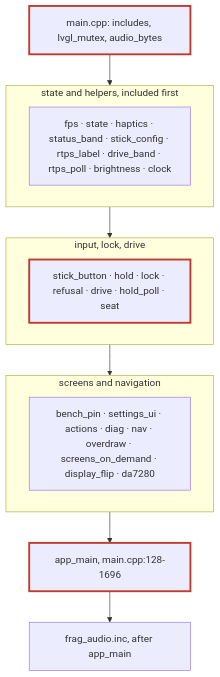
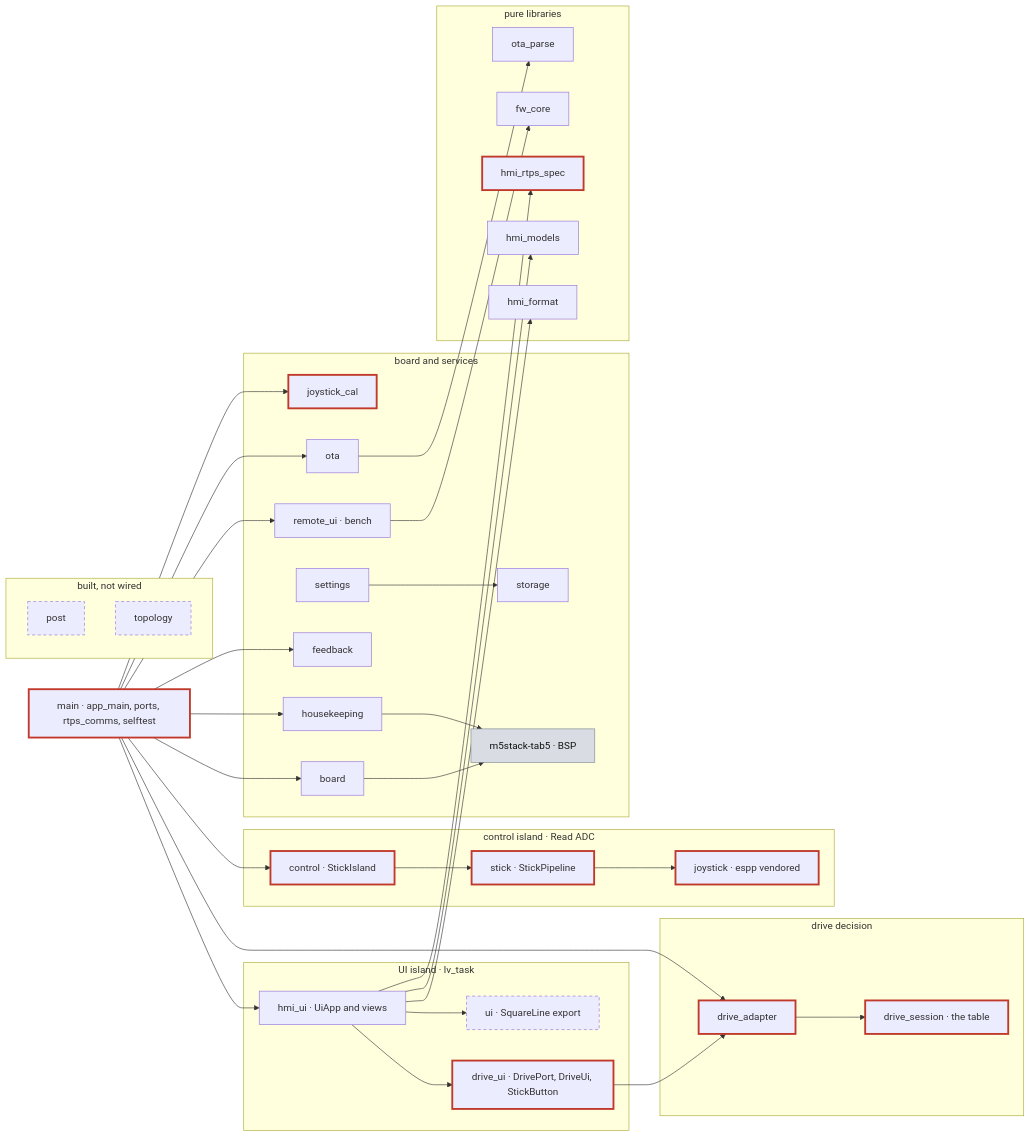
One commit to rammp-org/pace-hmi-fw changed the first of 8 diagrams in docs/how-the-firmware-works.md. Above: the diagram before and after it, drawn with Mermaid. The commit also changed other lines of this file, not shown here.

````diff
--- a/docs/how-the-firmware-works.md
+++ b/docs/how-the-firmware-works.md
@@ -84,19 +111,65 @@
 ```mermaid
-flowchart TD
-  m["main.cpp: includes, lvgl_mutex, audio_bytes"]:::safety
-  subgraph shared["state and helpers, included first"]
-    f1["fps · state · haptics · status_band · stick_config · rtps_label · drive_band · rtps_poll · brightness · clock"]
+flowchart LR
+  main["main · app_main, ports, rtps_comms, selftest"]:::safety
+  subgraph ui["UI island · lv_task"]
+    hmi_ui["hmi_ui · UiApp and views"]
+    drive_ui["drive_ui · DrivePort, DriveUi, StickButton"]:::safety
+    gen["ui · SquareLine export"]:::gen
   end
-  subgraph input["input, lock, drive"]
-    f2["stick_button · hold · lock · refusal · drive · hold_poll · seat"]:::safety
+  subgraph drive["drive decision"]
+    adapter["drive_adapter"]:::safety
+    session["drive_session · the table"]:::safety
   end
-  subgraph screens["screens and navigation"]
-    f3["bench_pin · settings_ui · actions · diag · nav · overdraw · screens_on_demand · display_flip · da7280"]
+  subgraph ctl["control island · Read ADC"]
+    control["control · StickIsland"]:::safety
+    stick["stick · StickPipeline"]:::safety
+    joystick["joystick · espp vendored"]:::safety
   end
-  am["app_main, main.cpp:128-1696"]:::safety
-  au["frag_audio.inc, after app_main"]
-  m --> shared --> input --> screens --> am --> au
+  subgraph svc["board and services"]
+    board["board"]
+    bsp["m5stack-tab5 · BSP"]:::hw
+    hk["housekeeping"]
+    fb["feedback"]
+    settings["settings"]
+    storage["storage"]
+    ota["ota"]
+    rui["remote_ui · bench"]
+    cal["joystick_cal"]:::safety
+  end
+  subgraph pure["pure libraries"]
+    fmt["hmi_format"]
+    models["hmi_models"]
+    spec["hmi_rtps_spec"]:::safety
+    otap["ota_parse"]
+    fwc["fw_core"]
+  end
+  subgraph off["built, not wired"]
+    post["post"]:::gen
+    topo["topology"]:::gen
+  end
+  main --> hmi_ui
+  main --> adapter
+  main --> control
+  main --> board
+  main --> hk
+  main --> fb
+  main --> rui
+  main --> ota
+  main --> cal
+  hmi_ui --> drive_ui
+  hmi_ui --> gen
+  drive_ui --> adapter
+  adapter --> session
+  control --> stick --> joystick
+  board --> bsp
+  hk --> bsp
+  settings --> storage
+  ota --> otap
+  hmi_ui --> fmt
+  hmi_ui --> models
+  hmi_ui --> spec
+  rui --> fwc
   classDef hw fill:#d9dde3,stroke:#7a8590,color:#111
   classDef safety stroke:#c0392b,stroke-width:3px
   classDef gen stroke-dasharray:5 4
 ```
````
